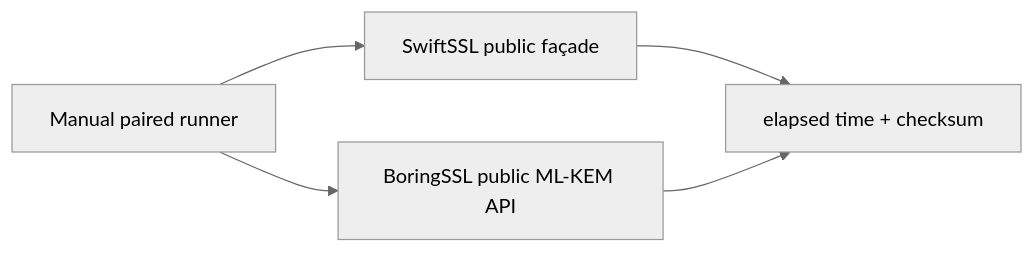
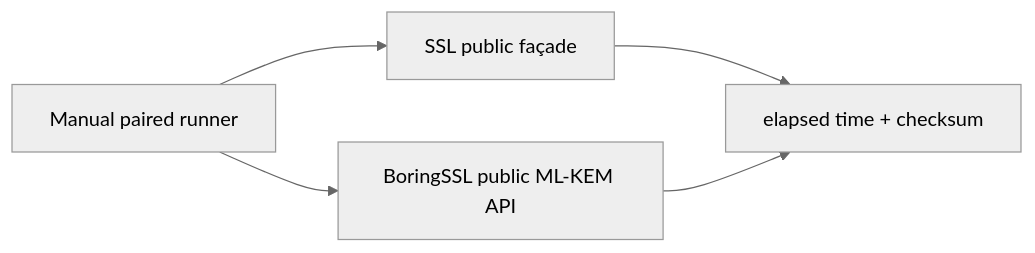
Before and after one commit to 1amageek/swift-ssl: the first of 2 diagrams in Benchmarks/MLKEM/README.md, drawn with Mermaid (neutral theme). The commit also changed other lines of this file and 1106 other files, not shown here.

Commit message:
Rename SwiftSSL modules to SSL

````diff
--- a/Benchmarks/MLKEM/README.md
+++ b/Benchmarks/MLKEM/README.md
@@ -12,7 +12,7 @@
 ```mermaid
 flowchart LR
-    Runner["Manual paired runner"] --> Swift["SwiftSSL public façade"]
+    Runner["Manual paired runner"] --> Swift["SSL public façade"]
     Runner --> BoringSSL["BoringSSL public ML-KEM API"]
     Swift --> Result["elapsed time + checksum"]
     BoringSSL --> Result
 ```
````
